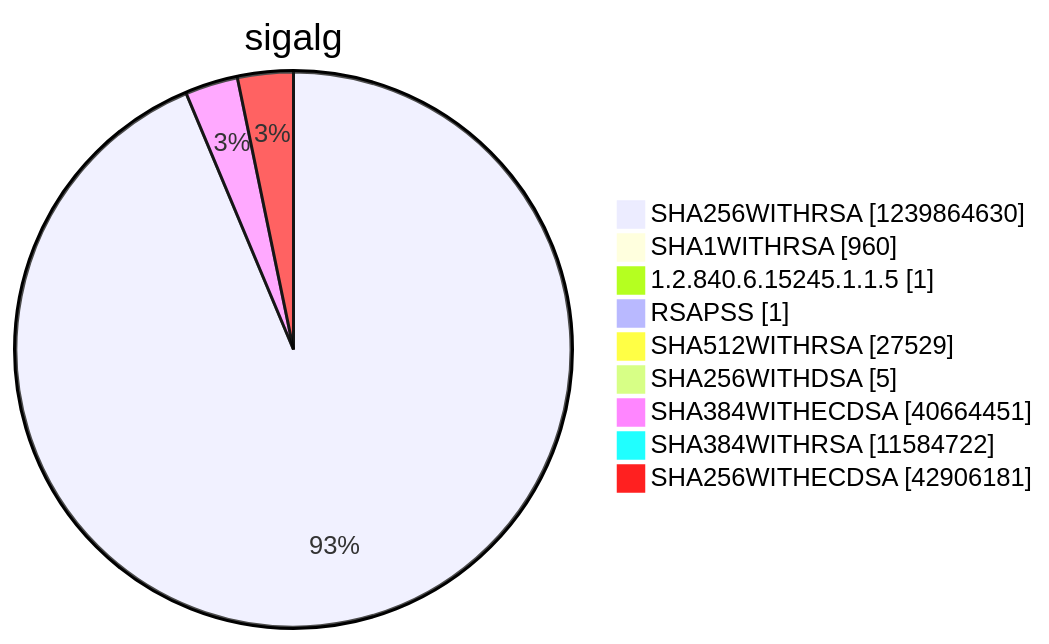
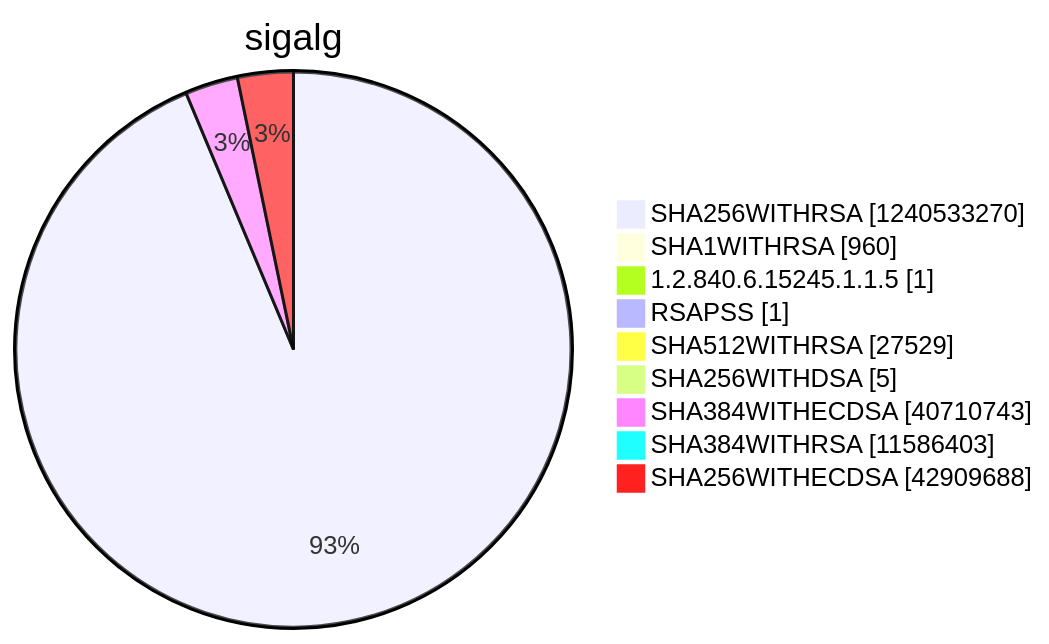
Before and after one commit to christiankrug/ctmonitor_visualization: diagram 15 of 15 in argon2022/README.md, drawn with Mermaid. The commit also changed other lines of this file, not shown here.

````diff
--- a/argon2022/README.md
+++ b/argon2022/README.md
@@ -5522,13 +5522,13 @@
 ```mermaid
 pie showData
 title sigalg
-"SHA256WITHRSA" :1239864630
+"SHA256WITHRSA" :1240533270
 "SHA1WITHRSA" :960
 "1.2.840.6.15245.1.1.5" :1
 "RSAPSS" :1
 "SHA512WITHRSA" :27529
 "SHA256WITHDSA" :5
-"SHA384WITHECDSA" :40664451
-"SHA384WITHRSA" :11584722
-"SHA256WITHECDSA" :42906181
+"SHA384WITHECDSA" :40710743
+"SHA384WITHRSA" :11586403
+"SHA256WITHECDSA" :42909688
 ```
````
